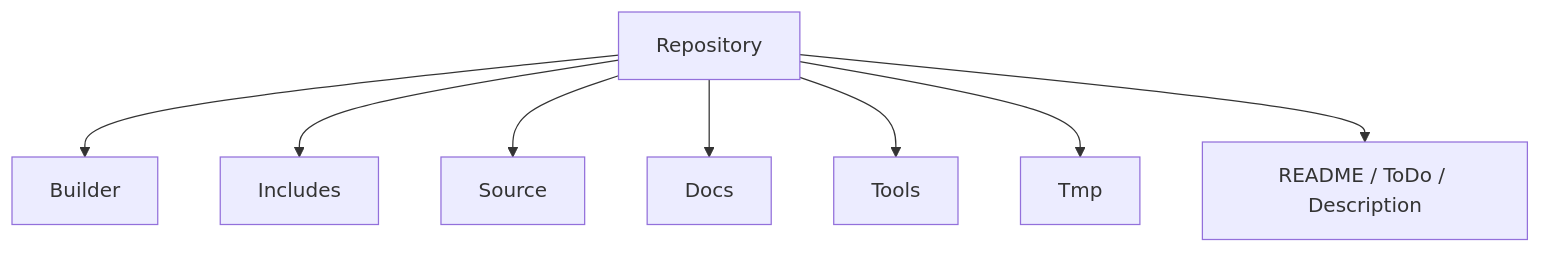
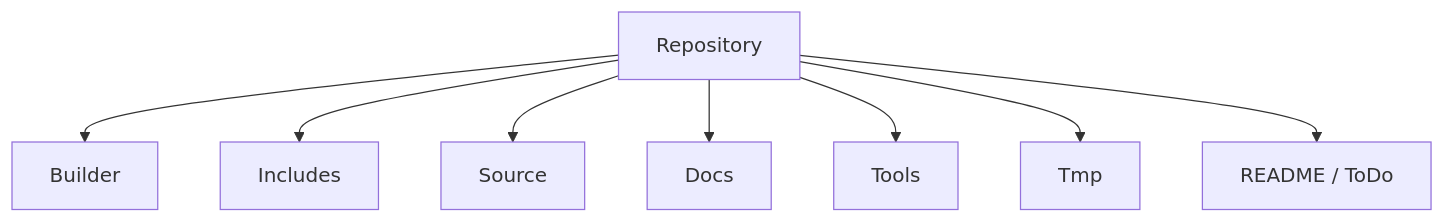
Before and after one commit to DeadlyKom/HoMM: the diagram in Docs/Architecture/01_Repository_and_Docs.md, drawn with Mermaid. The commit also changed other lines of this file and 26 other files, not shown here.

````diff
--- a/Docs/Architecture/01_Repository_and_Docs.md
+++ b/Docs/Architecture/01_Repository_and_Docs.md
@@ -190,11 +184,11 @@
 ```mermaid
 flowchart TD
     Repo[Repository]
     Repo --> Builder[Builder]
     Repo --> Includes[Includes]
     Repo --> Source[Source]
     Repo --> Docs[Docs]
     Repo --> Tools[Tools]
     Repo --> Tmp[Tmp]
-    Repo --> RootDocs[README / ToDo / Description]
+    Repo --> RootDocs[README / ToDo]
 ```
````
